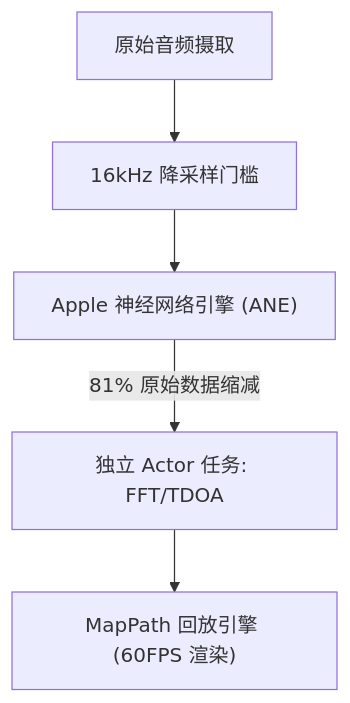
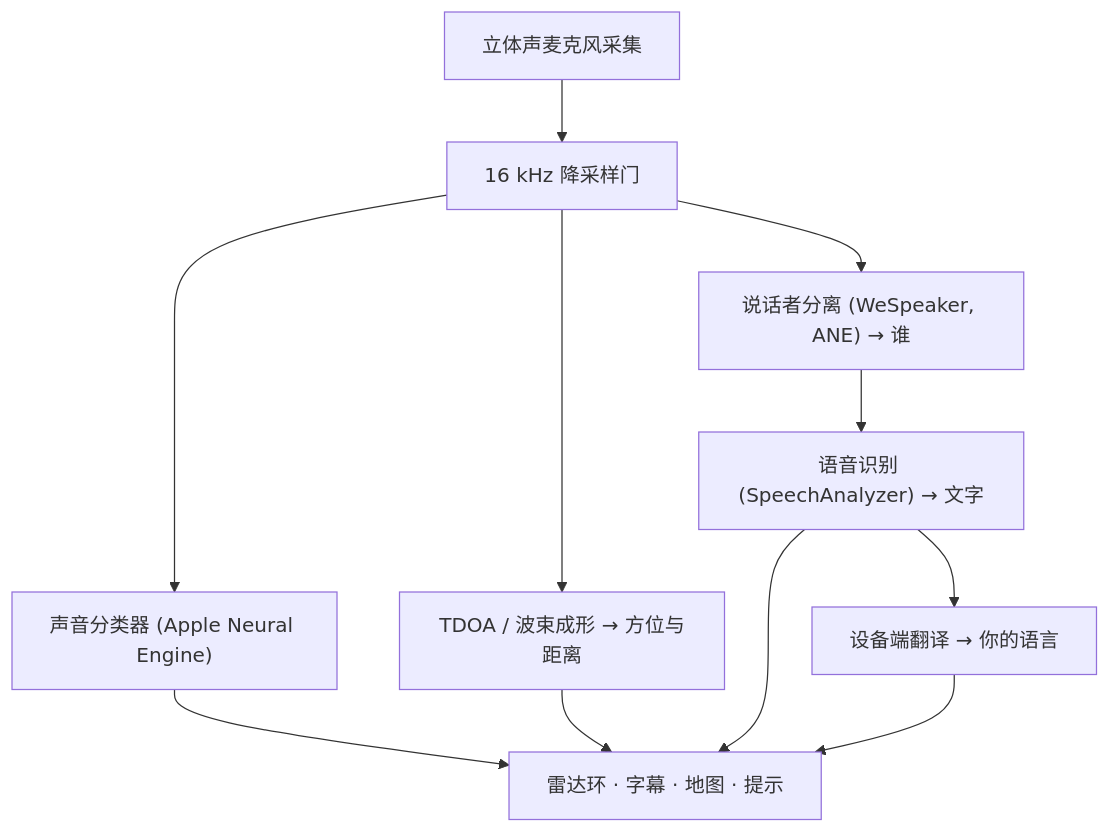
Before and after one commit to rpalm01-star/VigilantEarLegal: the diagram in README_zh-Hans.md, drawn with Mermaid. The commit also changed other lines of this file and 6 other files, not shown here.

````diff
--- a/README_zh-Hans.md
+++ b/README_zh-Hans.md
@@ -39,7 +73,10 @@
 ```mermaid
 graph TD
-    A["原始音频摄取"] --> B["16kHz 降采样门槛"]
-    B --> C["Apple 神经网络引擎 (ANE)"]
-    C -- "81% 原始数据缩减" --> D["独立 Actor 任务: FFT/TDOA"]
-    D --> E["MapPath 回放引擎 (60FPS 渲染)"]
+    A["立体声麦克风采集"] --> B["16 kHz 降采样门"]
+    B --> C["声音分类器 (Apple Neural Engine)"]
+    B --> D["TDOA / 波束成形 → 方位与距离"]
+    B --> E["说话者分离 (WeSpeaker, ANE) → 谁"]
+    E --> F["语音识别 (SpeechAnalyzer) → 文字"]
+    F --> G["设备端翻译 → 你的语言"]
+    C & D & F & G --> H["雷达环 · 字幕 · 地图 · 提示"]
 ```
````
